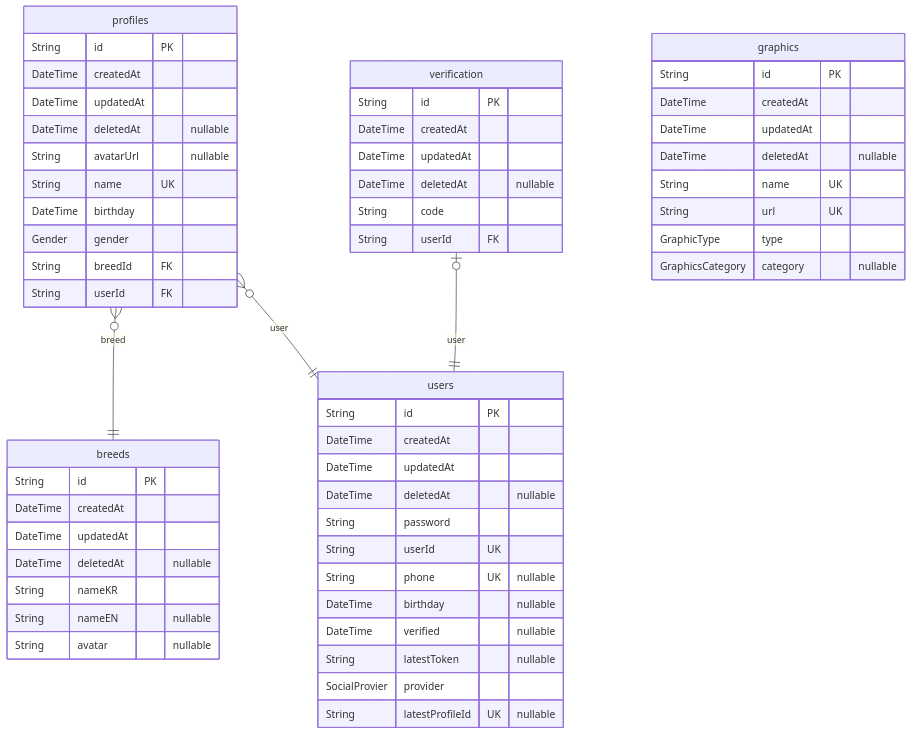
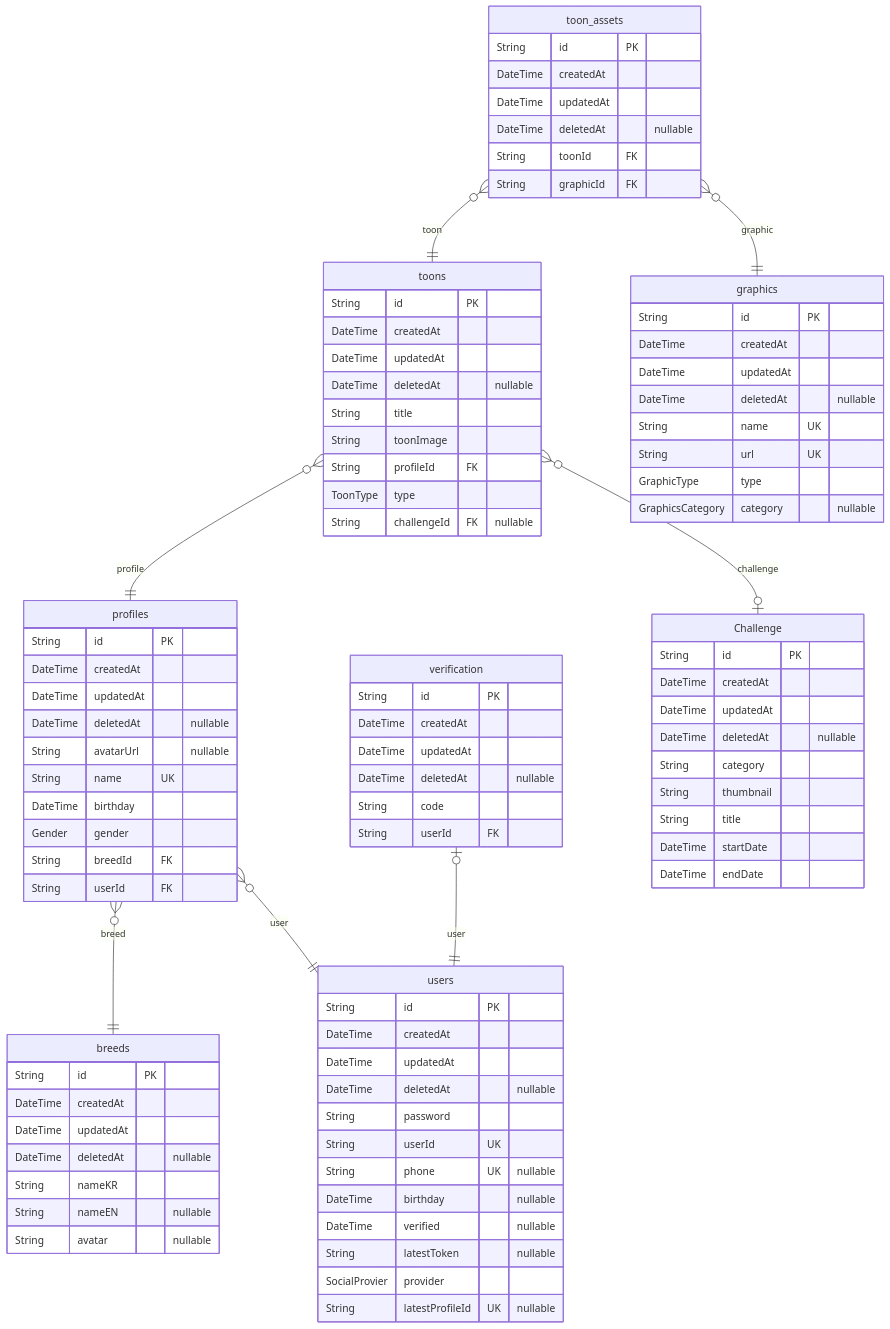
Before and after one commit to Medici-Mansion/poop-backend: the diagram in prisma/ERD.md, drawn with Mermaid. The commit also changed other lines of this file and 13 other files, not shown here.

````diff
--- a/prisma/ERD.md
+++ b/prisma/ERD.md
@@ -49,6 +49,36 @@
   String code
   String userId FK
 }
+"toons" {
+  String id PK
+  DateTime createdAt
+  DateTime updatedAt
+  DateTime deletedAt "nullable"
+  String title
+  String toonImage
+  String profileId FK
+  ToonType type
+  String challengeId FK "nullable"
+}
+"Challenge" {
+  String id PK
+  DateTime createdAt
+  DateTime updatedAt
+  DateTime deletedAt "nullable"
+  String category
+  String thumbnail
+  String title
+  DateTime startDate
+  DateTime endDate
+}
+"toon_assets" {
+  String id PK
+  DateTime createdAt
+  DateTime updatedAt
+  DateTime deletedAt "nullable"
+  String toonId FK
+  String graphicId FK
+}
 "graphics" {
   String id PK
   DateTime createdAt
@@ -62,4 +92,8 @@
 "profiles" }o--|| "breeds" : breed
 "profiles" }o--|| "users" : user
 "verification" |o--|| "users" : user
+"toons" }o--|| "profiles" : profile
+"toons" }o--o| "Challenge" : challenge
+"toon_assets" }o--|| "toons" : toon
+"toon_assets" }o--|| "graphics" : graphic
 ```
````
